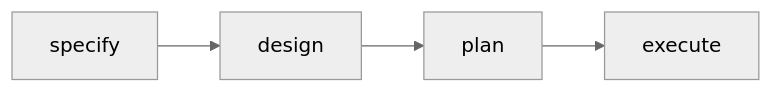
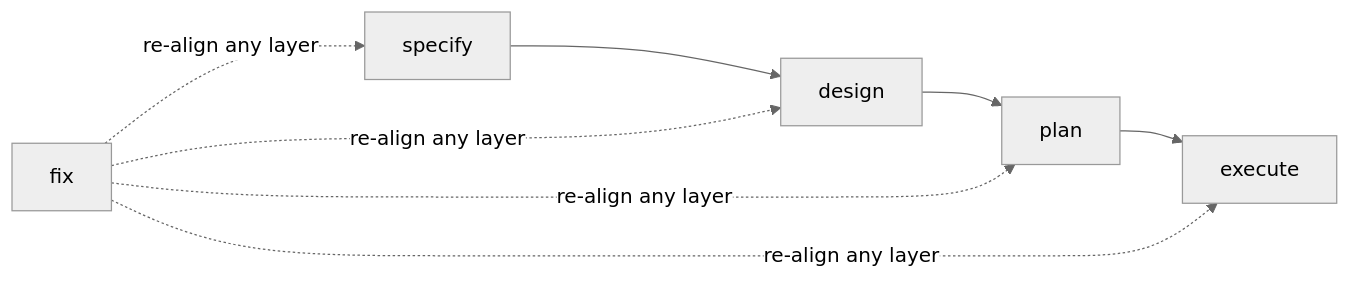
Before and after one commit to emiliosheinz/agent-skills: the diagram in README.md, drawn with Mermaid (neutral theme). The commit also changed other lines of this file and 4 other files, not shown here.

````diff
--- a/README.md
+++ b/README.md
@@ -46,4 +47,5 @@
 ```mermaid
 flowchart LR
     SP["specify"] --> DE["design"] --> PL["plan"] --> EX["execute"]
+    FX["fix"] -.->|re-align any layer| SP & DE & PL & EX
 ```
````
